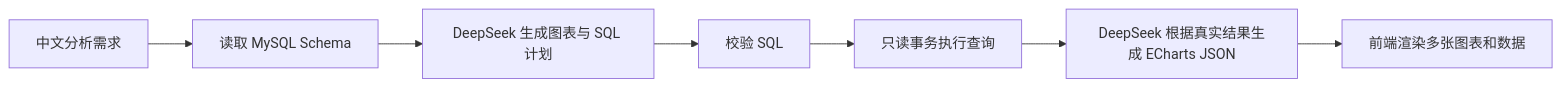
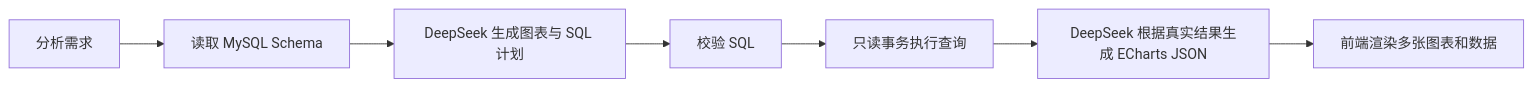
The diagram in README.md (codefph/chart-pilot), drawn with Mermaid before and after one commit.

````diff
--- a/README.md
+++ b/README.md
@@ -155,9 +155,9 @@
 ```mermaid
 flowchart LR
-    A[中文分析需求] --> B[读取 MySQL Schema]
+    A[分析需求] --> B[读取 MySQL Schema]
     B --> C[DeepSeek 生成图表与 SQL 计划]
     C --> D[校验 SQL]
     D --> E[只读事务执行查询]
     E --> F[DeepSeek 根据真实结果生成 ECharts JSON]
     F --> G[前端渲染多张图表和数据]
 ```
````
